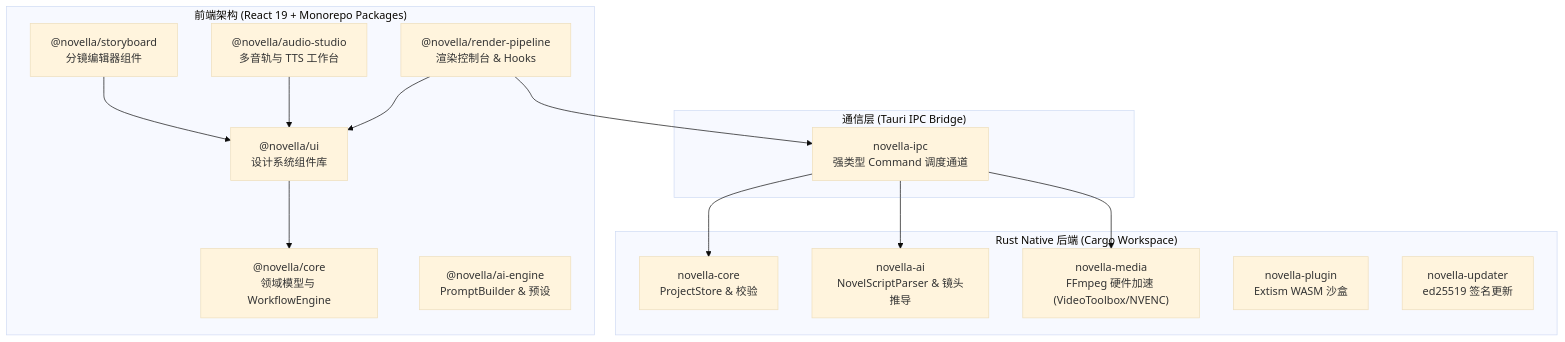
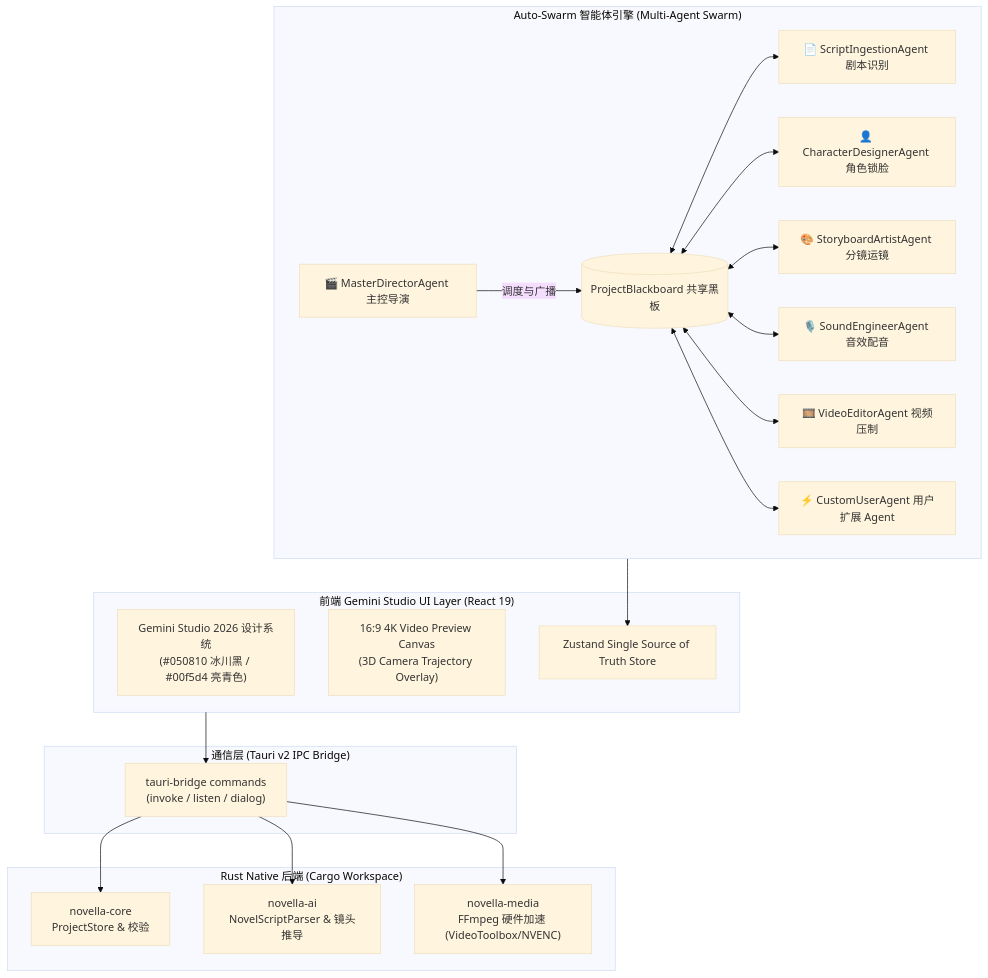
Before and after one commit to Agions/frame-forge: the diagram in docs/developer-guide/architecture.md, drawn with Mermaid (base theme). The commit also changed other lines of this file and 2 other files, not shown here.

Commit message:
docs: update comprehensive documentation for Auto-Swarm Engine, 4 Core Phase pipeline, and Gemini Studio 2026 UI

````diff
--- a/docs/developer-guide/architecture.md
+++ b/docs/developer-guide/architecture.md
@@ -11,32 +11,35 @@
 ```mermaid
 graph TD
-    subgraph Frontend ["前端架构 (React 19 + Monorepo Packages)"]
-        UI["@novella/ui<br/>设计系统组件库"]
-        CoreTS["@novella/core<br/>领域模型与 WorkflowEngine"]
-        AI_TS["@novella/ai-engine<br/>PromptBuilder & 预设"]
-        SB_TS["@novella/storyboard<br/>分镜编辑器组件"]
-        Audio_TS["@novella/audio-studio<br/>多音轨与 TTS 工作台"]
-        Render_TS["@novella/render-pipeline<br/>渲染控制台 & Hooks"]
+    subgraph SwarmEngine ["Auto-Swarm 智能体引擎 (Multi-Agent Swarm)"]
+        BB[(ProjectBlackboard 共享黑板)]
+        CHIEF[🎬 MasterDirectorAgent 主控导演] -->|调度与广播| BB
+        BB <--> SCRIPT[📄 ScriptIngestionAgent 剧本识别]
+        BB <--> DESIGNER[👤 CharacterDesignerAgent 角色锁脸]
+        BB <--> ARTIST[🎨 StoryboardArtistAgent 分镜运镜]
+        BB <--> SOUND[🎙️ SoundEngineerAgent 音效配音]
+        BB <--> VIDEO[🎞️ VideoEditorAgent 视频压制]
+        BB <--> CUSTOM[⚡ CustomUserAgent 用户扩展 Agent]
     end
 
-    subgraph IPC ["通信层 (Tauri IPC Bridge)"]
-        Specta["novella-ipc<br/>强类型 Command 调度通道"]
+    subgraph Frontend ["前端 Gemini Studio UI Layer (React 19)"]
+        UI["Gemini Studio 2026 设计系统<br/>(#050810 冰川黑 / #00f5d4 亮青色)"]
+        Canvas3D["16:9 4K Video Preview Canvas<br/>(3D Camera Trajectory Overlay)"]
+        Store["Zustand Single Source of Truth Store"]
+    end
+
+    subgraph IPC ["通信层 (Tauri v2 IPC Bridge)"]
+        TauriIPC["tauri-bridge commands<br/>(invoke / listen / dialog)"]
     end
 
     subgraph Backend ["Rust Native 后端 (Cargo Workspace)"]
         CoreRS["novella-core<br/>ProjectStore & 校验"]
         AIRS["novella-ai<br/>NovelScriptParser & 镜头推导"]
         MediaRS["novella-media<br/>FFmpeg 硬件加速 (VideoToolbox/NVENC)"]
-        PluginRS["novella-plugin<br/>Extism WASM 沙盒"]
-        UpdaterRS["novella-updater<br/>ed25519 签名更新"]
     end
 
-    UI --> CoreTS
-    SB_TS --> UI
-    Audio_TS --> UI
-    Render_TS --> UI
-    Render_TS --> Specta
-    Specta --> CoreRS
-    Specta --> AIRS
-    Specta --> MediaRS
+    SwarmEngine --> Store
+    Frontend --> TauriIPC
+    TauriIPC --> CoreRS
+    TauriIPC --> AIRS
+    TauriIPC --> MediaRS
 ```
````
